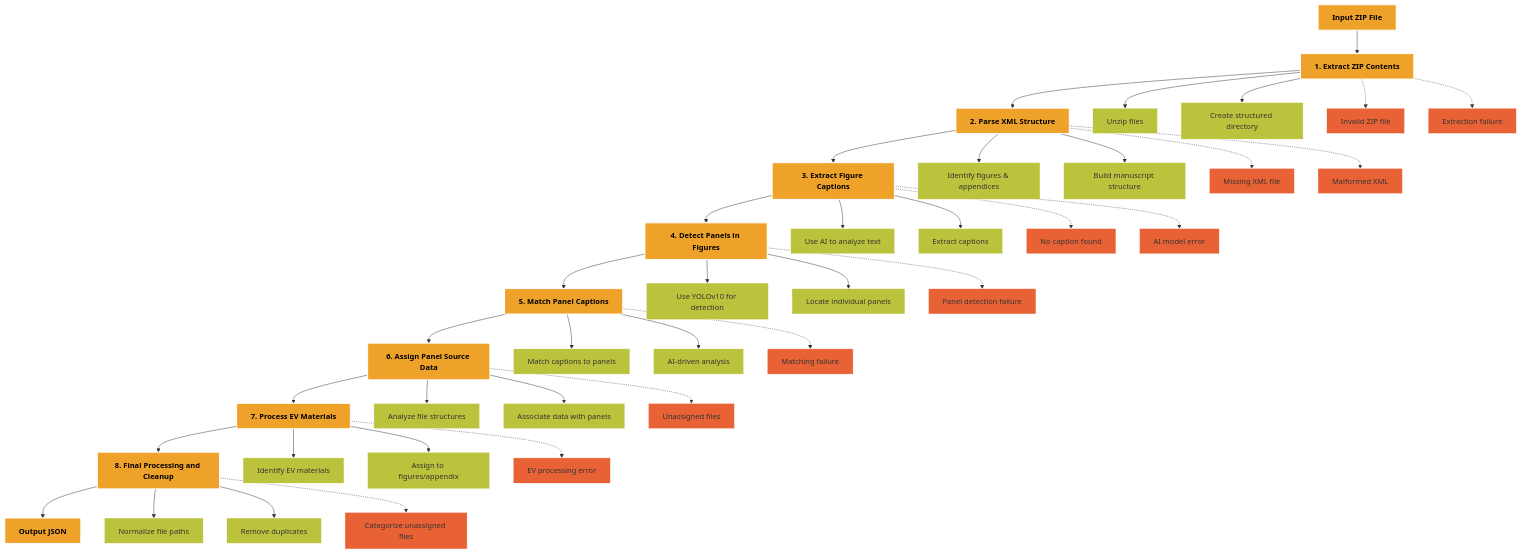
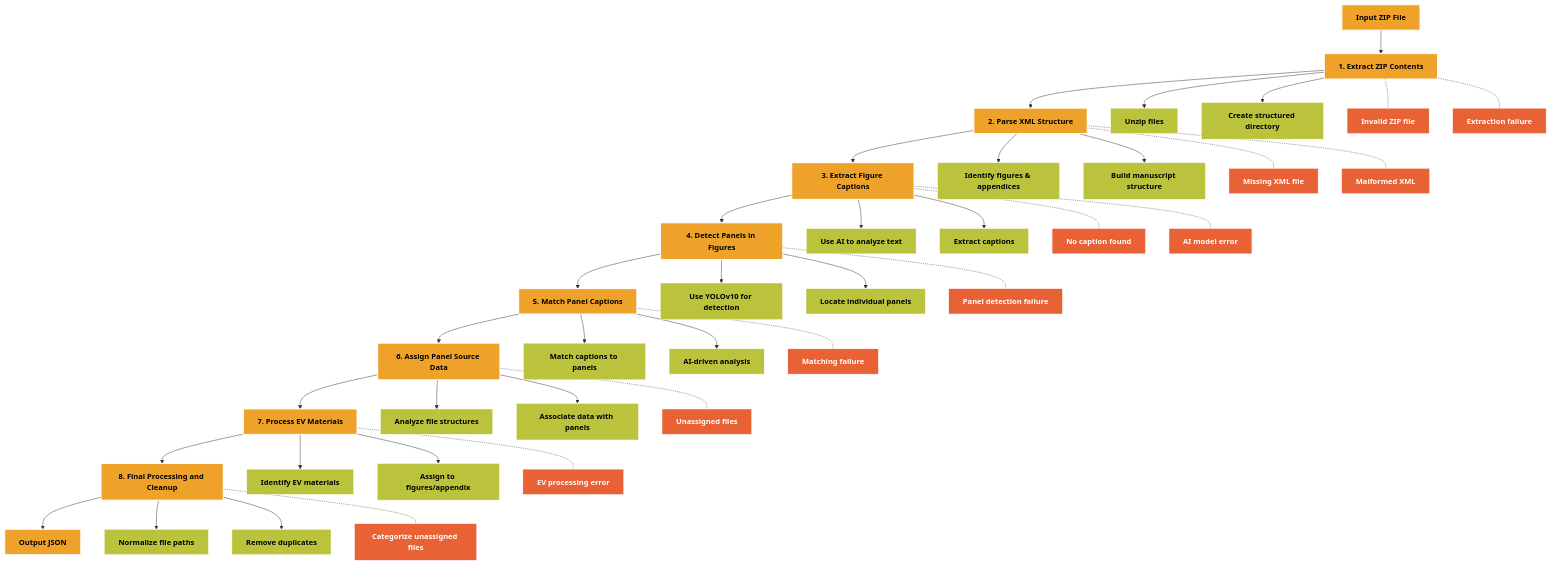
One commit to source-data/soda-curation changed the diagram in docs/pipeline.md. Above: the diagram before and after it, drawn with Mermaid.

Commit message:
Changing from graph to flow chart

````diff
--- a/docs/pipeline.md
+++ b/docs/pipeline.md
@@ -9,71 +9,53 @@
 ```mermaid
-graph TD
+flowchart TD
     %% Main Process Flow
     A[Input ZIP File] --> B[1. Extract ZIP Contents]
     B --> C[2. Parse XML Structure]
     C --> D[3. Extract Figure Captions]
     D --> E[4. Detect Panels in Figures]
     E --> F[5. Match Panel Captions]
     F --> G[6. Assign Panel Source Data]
     G --> H[7. Process EV Materials]
     H --> I[8. Final Processing and Cleanup]
     I --> J[Output JSON]
 
     %% Subprocesses
-    B --> B1[Unzip files] & B2[Create structured directory]
-    C --> C1[Identify figures & appendices] & C2[Build manuscript structure]
-    D --> D1[Use AI to analyze text] & D2[Extract captions]
-    E --> E1[Use YOLOv10 for detection] & E2[Locate individual panels]
-    F --> F1[Match captions to panels] & F2[AI-driven analysis]
-    G --> G1[Analyze file structures] & G2[Associate data with panels]
-    H --> H1[Identify EV materials] & H2[Assign to figures/appendix]
-    I --> I1[Normalize file paths] & I2[Remove duplicates]
+    B --> B1[Unzip files]
+    B --> B2[Create structured directory]
+    C --> C1[Identify figures & appendices]
+    C --> C2[Build manuscript structure]
+    D --> D1[Use AI to analyze text]
+    D --> D2[Extract captions]
+    E --> E1[Use YOLOv10 for detection]
+    E --> E2[Locate individual panels]
+    F --> F1[Match captions to panels]
+    F --> F2[AI-driven analysis]
+    G --> G1[Analyze file structures]
+    G --> G2[Associate data with panels]
+    H --> H1[Identify EV materials]
+    H --> H2[Assign to figures/appendix]
+    I --> I1[Normalize file paths]
+    I --> I2[Remove duplicates]
 
     %% Error Handling Paths
-    B -.-> BE1[Invalid ZIP file]
-    B -.-> BE2[Extraction failure]
+    B -.- BE1[Invalid ZIP file]
+    B -.- BE2[Extraction failure]
+    C -.- CE1[Missing XML file]
+    C -.- CE2[Malformed XML]
+    D -.- DE1[No caption found]
+    D -.- DE2[AI model error]
+    E -.- EE1[Panel detection failure]
+    F -.- FE1[Matching failure]
+    G -.- GE1[Unassigned files]
+    H -.- HE1[EV processing error]
+    I -.- IE1[Categorize unassigned files]
 
-    C -.-> CE1[Missing XML file]
-    C -.-> CE2[Malformed XML]
+    %% Style Definitions
+    classDef process fill:#EFA22A,stroke:#FFFFFF,stroke-width:2px,color:#000000,font-weight:bold;
+    classDef subProcess fill:#BBC33C,stroke:#FFFFFF,stroke-width:1px,color:#000000,font-weight:bold;
+    classDef exception fill:#E86236,stroke:#FFFFFF,stroke-width:1px,color:#FFFFFF,font-weight:bold;
 
-    D -.-> DE1[No caption found]
-    D -.-> DE2[AI model error]
-
-    E -.-> EE1[Panel detection failure]
-
-    F -.-> FE1[Matching failure]
-
-    G -.-> GE1[Unassigned files]
-
-    H -.-> HE1[EV processing error]
-
-    I -.-> IE1[Categorize unassigned files]
-
-    %% Simple Style Definitions
-    classDef process fill:#EFA22A,stroke:#FFFFFF,stroke-width:2px;
-    classDef subProcess fill:#BBC33C,stroke:#FFFFFF,stroke-width:1px;
-    classDef exception fill:#E86236,stroke:#FFFFFF,stroke-width:1px;
     class A,B,C,D,E,F,G,H,I,J process;
     class B1,B2,C1,C2,D1,D2,E1,E2,F1,F2,G1,G2,H1,H2,I1,I2 subProcess;
     class BE1,BE2,CE1,CE2,DE1,DE2,EE1,FE1,GE1,HE1,IE1 exception;
-
-    classDef process fill:#EFA22A,stroke:#FFFFFF,stroke-width:2px;
-    classDef subProcess fill:#BBC33C,stroke:#FFFFFF,stroke-width:1px;
-    classDef exception fill:#E86236,stroke:#FFFFFF,stroke-width:1px;
-    class A,B,C,D,E,F,G,H,I,J process;
-    class B1,B2,C1,C2,D1,D2,E1,E2,F1,F2,G1,G2,H1,H2,I1,I2 subProcess;
-    class BE1,BE2,CE1,CE2,DE1,DE2,EE1,FE1,GE1,HE1,IE1 exception;
-
-    %% Set text color and make it bold
-    style A fill:#EFA22A,stroke:#FFFFFF,stroke-width:2px,color:#000000,font-weight:bold
-    style B fill:#EFA22A,stroke:#FFFFFF,stroke-width:2px,color:#000000,font-weight:bold
-    style C fill:#EFA22A,stroke:#FFFFFF,stroke-width:2px,color:#000000,font-weight:bold
-    style D fill:#EFA22A,stroke:#FFFFFF,stroke-width:2px,color:#000000,font-weight:bold
-    style E fill:#EFA22A,stroke:#FFFFFF,stroke-width:2px,color:#000000,font-weight:bold
-    style F fill:#EFA22A,stroke:#FFFFFF,stroke-width:2px,color:#000000,font-weight:bold
-    style G fill:#EFA22A,stroke:#FFFFFF,stroke-width:2px,color:#000000,font-weight:bold
-    style H fill:#EFA22A,stroke:#FFFFFF,stroke-width:2px,color:#000000,font-weight:bold
-    style I fill:#EFA22A,stroke:#FFFFFF,stroke-width:2px,color:#000000,font-weight:bold
-    style J fill:#EFA22A,stroke:#FFFFFF,stroke-width:2px,color:#000000,font-weight:bold
-
 ```
````
